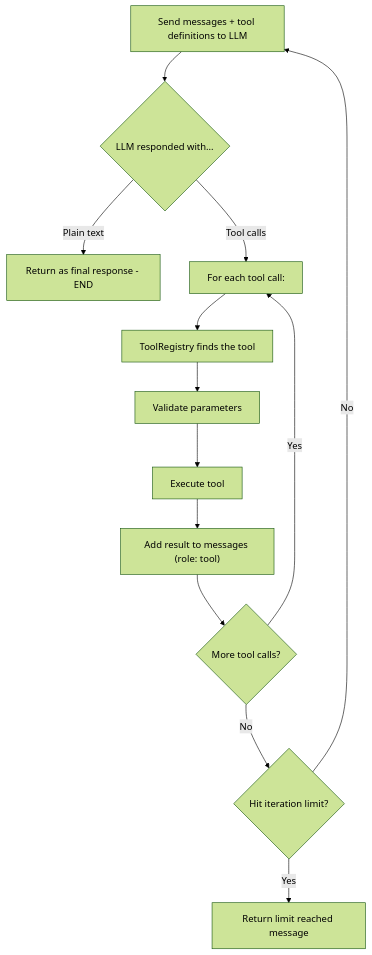
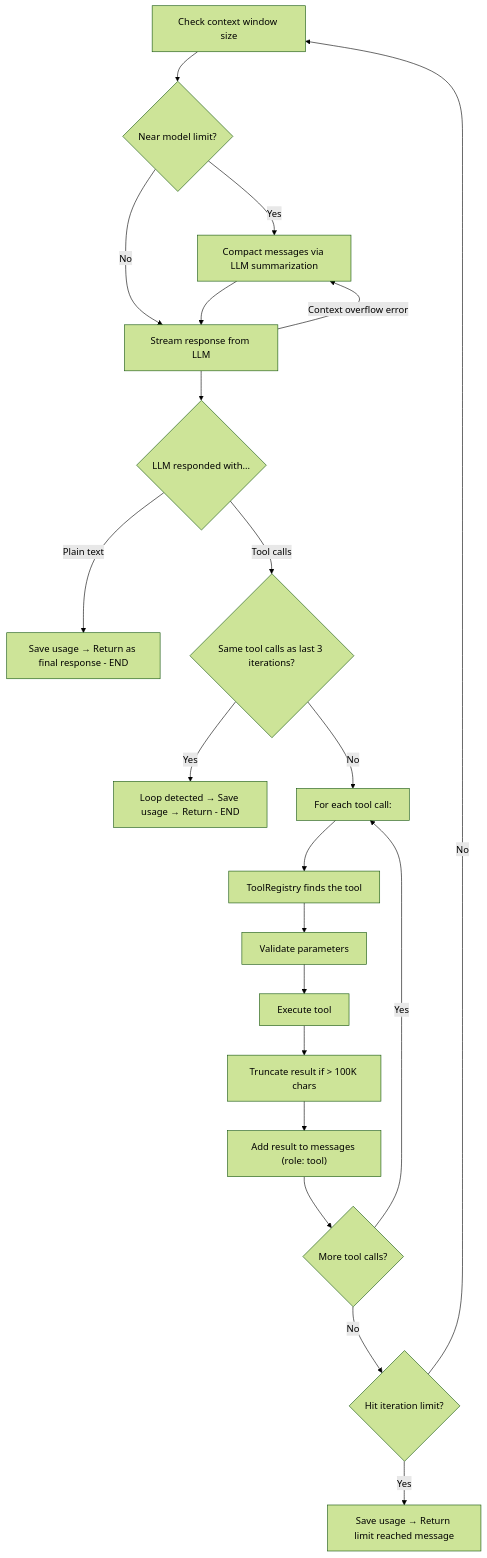
The seventh of 19 diagrams in docs/flow.md (openbotx/openbotx), drawn with Mermaid (forest theme) before and after one commit. The commit also changed other lines of this file and 18 other files, not shown here.

````diff
--- a/docs/flow.md
+++ b/docs/flow.md
@@ -711,15 +750,23 @@
 ```mermaid
 graph TD
-    A[Send messages + tool definitions to LLM] --> B{LLM responded with...}
-    B -->|Plain text| C[Return as final response - END]
-    B -->|Tool calls| D[For each tool call:]
+    A[Check context window size] --> A1{Near model limit?}
+    A1 -->|Yes| A2[Compact messages via LLM summarization]
+    A1 -->|No| B1
+    A2 --> B1[Stream response from LLM]
+    B1 --> B{LLM responded with...}
+    B -->|Plain text| C[Save usage → Return as final response - END]
+    B -->|Tool calls| C1{Same tool calls as last 3 iterations?}
+    C1 -->|Yes| C2[Loop detected → Save usage → Return - END]
+    C1 -->|No| D[For each tool call:]
     D --> E[ToolRegistry finds the tool]
     E --> F[Validate parameters]
     F --> G[Execute tool]
-    G --> H["Add result to messages (role: tool)"]
+    G --> G1["Truncate result if > 100K chars"]
+    G1 --> H["Add result to messages (role: tool)"]
     H --> I{More tool calls?}
     I -->|Yes| D
     I -->|No| J{Hit iteration limit?}
     J -->|No| A
-    J -->|Yes| K[Return limit reached message]
+    J -->|Yes| K[Save usage → Return limit reached message]
+    B1 -->|Context overflow error| A2
 ```
````
